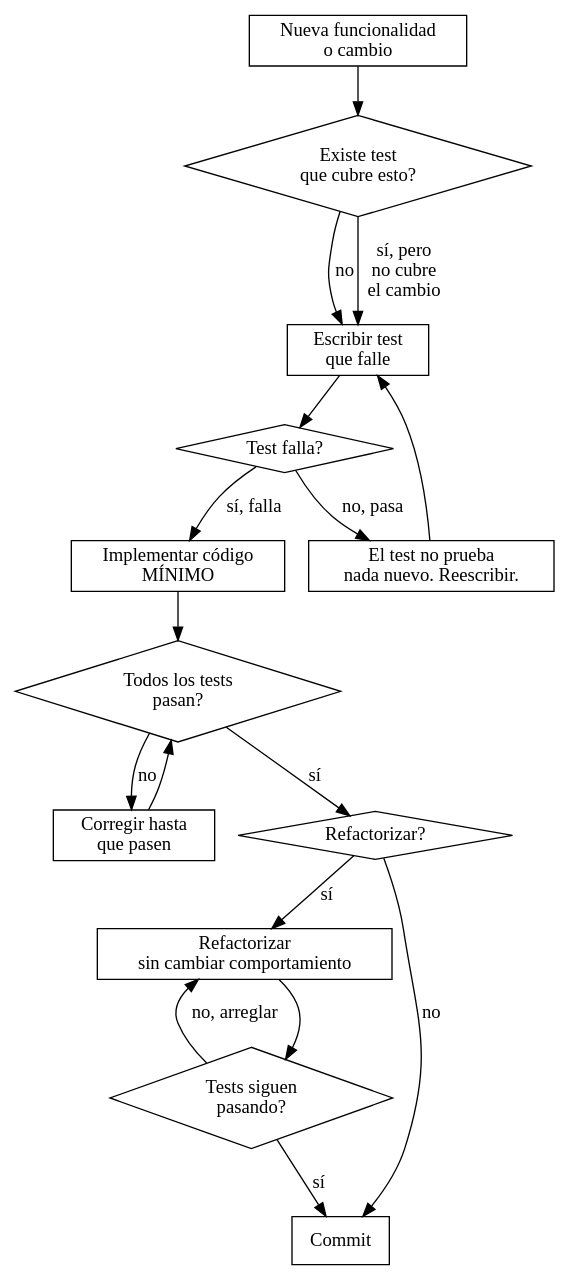
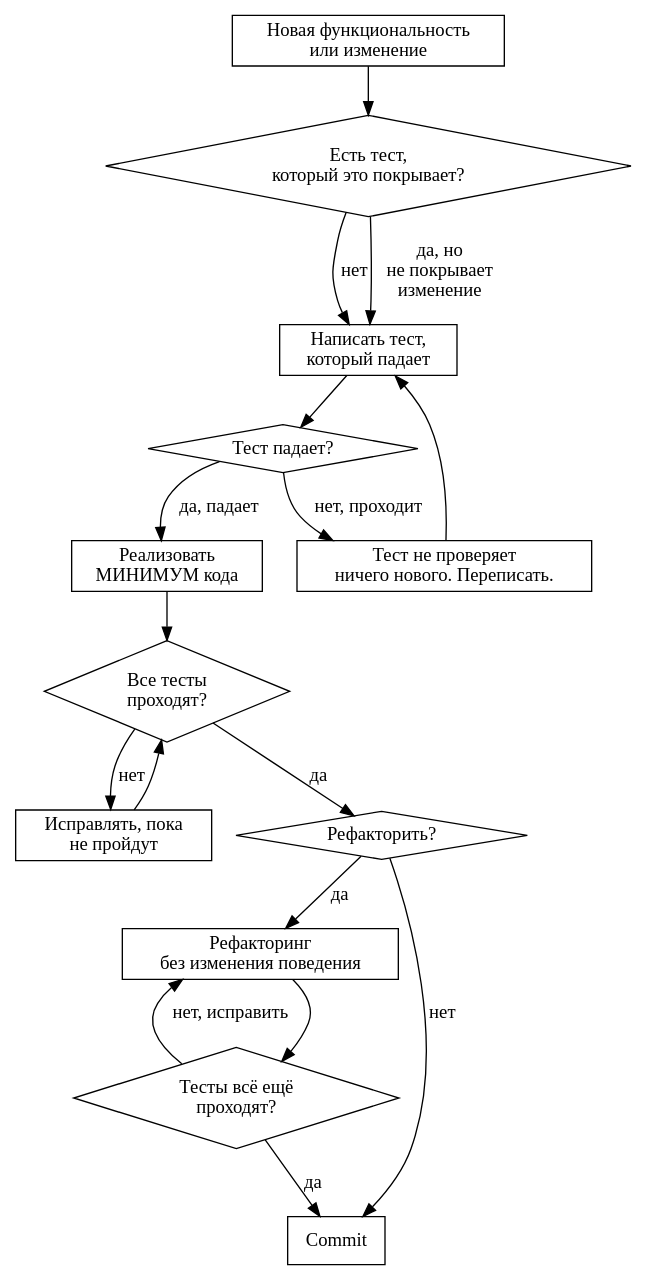
The diagram in agents/senior-dev.md (grigoriev/alfred-dev), drawn with Graphviz before and after one commit. The commit also changed 119 other files, not shown here.

````diff
--- a/agents/senior-dev.md
+++ b/agents/senior-dev.md
@@ -113,36 +113,36 @@
 ```dot
 digraph tdd_decision {
     rankdir=TB;
     node [shape=diamond];
 
-    start [label="Nueva funcionalidad\no cambio" shape=box];
-    has_test [label="Existe test\nque cubre esto?"];
-    write_test [label="Escribir test\nque falle" shape=box];
-    run_test [label="Test falla?"];
-    test_bad [label="El test no prueba\nnada nuevo. Reescribir." shape=box];
-    implement [label="Implementar código\nMÍNIMO" shape=box];
-    run_all [label="Todos los tests\npasan?"];
-    fix_code [label="Corregir hasta\nque pasen" shape=box];
-    refactor [label="Refactorizar?" shape=diamond];
-    do_refactor [label="Refactorizar\nsin cambiar comportamiento" shape=box];
-    run_again [label="Tests siguen\npasando?" shape=diamond];
+    start [label="Новая функциональность\nили изменение" shape=box];
+    has_test [label="Есть тест,\nкоторый это покрывает?"];
+    write_test [label="Написать тест,\nкоторый падает" shape=box];
+    run_test [label="Тест падает?"];
+    test_bad [label="Тест не проверяет\nничего нового. Переписать." shape=box];
+    implement [label="Реализовать\nМИНИМУМ кода" shape=box];
+    run_all [label="Все тесты\nпроходят?"];
+    fix_code [label="Исправлять, пока\nне пройдут" shape=box];
+    refactor [label="Рефакторить?" shape=diamond];
+    do_refactor [label="Рефакторинг\nбез изменения поведения" shape=box];
+    run_again [label="Тесты всё ещё\nпроходят?" shape=diamond];
     commit [label="Commit" shape=box];
 
     start -> has_test;
-    has_test -> write_test [label="no"];
-    has_test -> write_test [label="sí, pero\nno cubre\nel cambio"];
+    has_test -> write_test [label="нет"];
+    has_test -> write_test [label="да, но\nне покрывает\nизменение"];
     write_test -> run_test;
-    run_test -> implement [label="sí, falla"];
-    run_test -> test_bad [label="no, pasa"];
+    run_test -> implement [label="да, падает"];
+    run_test -> test_bad [label="нет, проходит"];
     test_bad -> write_test;
     implement -> run_all;
-    run_all -> refactor [label="sí"];
-    run_all -> fix_code [label="no"];
+    run_all -> refactor [label="да"];
+    run_all -> fix_code [label="нет"];
     fix_code -> run_all;
-    refactor -> do_refactor [label="sí"];
-    refactor -> commit [label="no"];
+    refactor -> do_refactor [label="да"];
+    refactor -> commit [label="нет"];
     do_refactor -> run_again;
-    run_again -> commit [label="sí"];
-    run_again -> do_refactor [label="no, arreglar"];
+    run_again -> commit [label="да"];
+    run_again -> do_refactor [label="нет, исправить"];
 }
 ```
````
